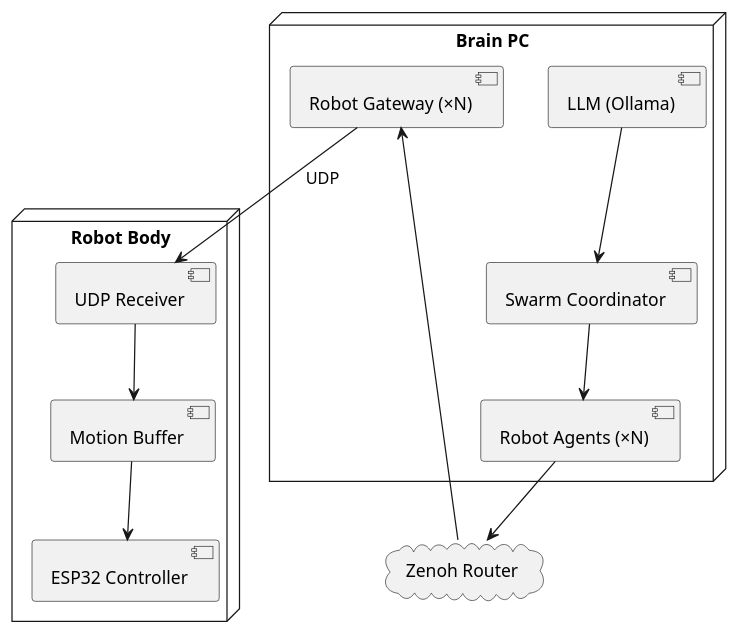
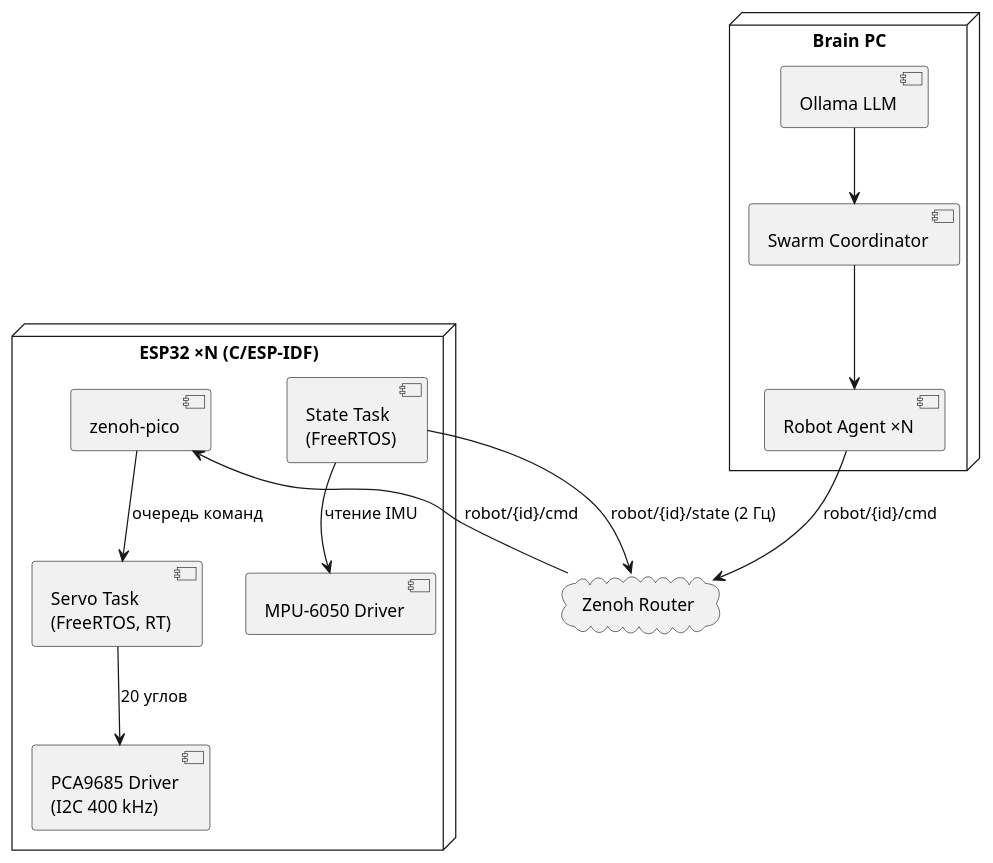
Before and after one commit to snyder2709/RoboForge: the first of 3 diagrams in Research/robot-research-vault/hld/software/hld_software_v3_0.md, drawn with PlantUML. The commit also changed other lines of this file and 2 other files, not shown here.

First line of the commit message:
refactor(hld): full Zenoh everywhere — remove UDP and Robot Gateway

````diff
--- a/Research/robot-research-vault/hld/software/hld_software_v3_0.md
+++ b/Research/robot-research-vault/hld/software/hld_software_v3_0.md
@@ -18,23 +24,28 @@
 ```plantuml
 @startuml
 node "Brain PC" as BrainPC {
-  component "LLM (Ollama)" as LLM
+  component "Ollama LLM" as LLM
   component "Swarm Coordinator" as Coordinator
-  component "Robot Agents (×N)" as Agents
-  component "Robot Gateway (×N)" as Gateway
+  component "Robot Agent ×N" as Agents
 }
+
 cloud "Zenoh Router" as ZenohRouter
-node "Robot Body" as RobotBody {
-  component "UDP Receiver" as UDPReceiver
-  component "Motion Buffer" as MotionBuffer
-  component "ESP32 Controller" as ESP32
+
+node "ESP32 ×N (C/ESP-IDF)" as ESP32Node {
+  component "zenoh-pico" as ZenohPico
+  component "Servo Task\n(FreeRTOS, RT)" as ServoTask
+  component "State Task\n(FreeRTOS)" as StateTask
+  component "PCA9685 Driver\n(I2C 400 kHz)" as PCA
+  component "MPU-6050 Driver" as IMU
 }
+
 LLM --> Coordinator
 Coordinator --> Agents
-Agents --> ZenohRouter
-ZenohRouter --> Gateway
-Gateway --> UDPReceiver : UDP
-UDPReceiver --> MotionBuffer
-MotionBuffer --> ESP32
+Agents --> ZenohRouter : robot/{id}/cmd
+ZenohRouter --> ZenohPico : robot/{id}/cmd
+ZenohPico --> ServoTask : очередь команд
+ServoTask --> PCA : 20 углов
+StateTask --> IMU : чтение IMU
+StateTask --> ZenohRouter : robot/{id}/state (2 Гц)
 @enduml
 ```
````
